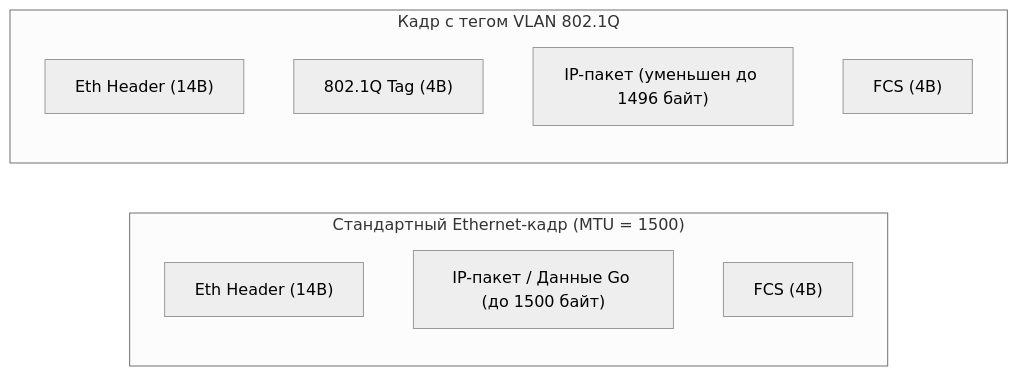
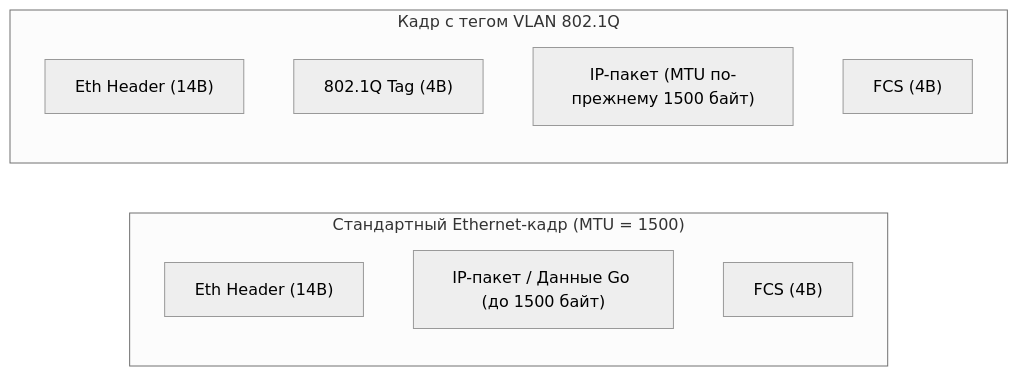
One commit to UnrealTemplier/go-textbook-ru changed the second of 5 diagrams in sources/3. Компьютерные сети и сетевой стек/9. VLAN, VXLAN и сегментация сети.md. Above: the diagram before and after it, drawn with Mermaid (neutral theme). The commit also changed other lines of this file and 43 other files, not shown here.

````diff
--- a/sources/3. Компьютерные сети и сетевой стек/9. VLAN, VXLAN и сегментация сети.md
+++ b/sources/3. Компьютерные сети и сетевой стек/9. VLAN, VXLAN и сегментация сети.md
@@ -98,25 +98,25 @@
 ```mermaid
 flowchart LR
     classDef process  fill:#1e293b,stroke:#38bdf8,stroke-width:1px,color:#f8fafc
     classDef success  fill:#064e3b,stroke:#34d399,stroke-width:1px,color:#f8fafc
     classDef error    fill:#7f1d1d,stroke:#f87171,stroke-width:1px,color:#f8fafc
     classDef warning  fill:#78350f,stroke:#fbbf24,stroke-width:1px,color:#f8fafc
     classDef entry    fill:#1e3a5f,stroke:#38bdf8,stroke-width:2px,color:#f8fafc
     classDef aux      fill:#334155,stroke:#64748b,stroke-width:1px,color:#f8fafc
     classDef system   fill:#312e81,stroke:#a78bfa,stroke-width:1px,color:#f8fafc
     classDef data     fill:#132d29,stroke:#2dd4bf,stroke-width:1px,color:#f8fafc
     classDef network  fill:#881337,stroke:#fb7185,stroke-width:1px,color:#f8fafc
     classDef accent   fill:#1e1b4b,stroke:#818cf8,stroke-width:1px,color:#f8fafc
     subgraph StandardEth ["Стандартный Ethernet-кадр (MTU = 1500)"]
         EthHdr1["Eth Header (14B)"]
         Payload1["IP-пакет / Данные Go (до 1500 байт)"]
         EthFCS1["FCS (4B)"]
     end
 
     subgraph TaggedEth ["Кадр с тегом VLAN 802.1Q"]
         EthHdr2["Eth Header (14B)"]
         VLAN_Tag["802.1Q Tag (4B)"]
-        Payload2["IP-пакет (уменьшен до 1496 байт)"]
+        Payload2["IP-пакет (MTU по-прежнему 1500 байт)"]
         EthFCS2["FCS (4B)"]
     end
 ```
````
